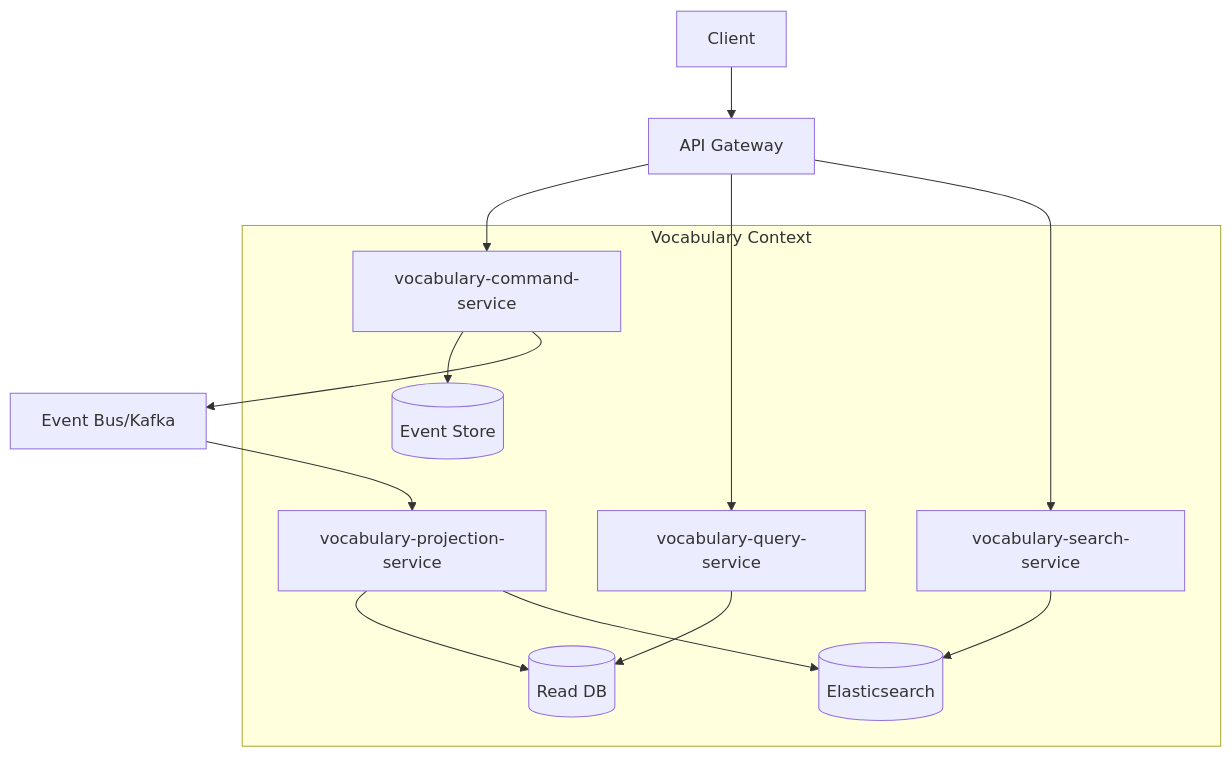
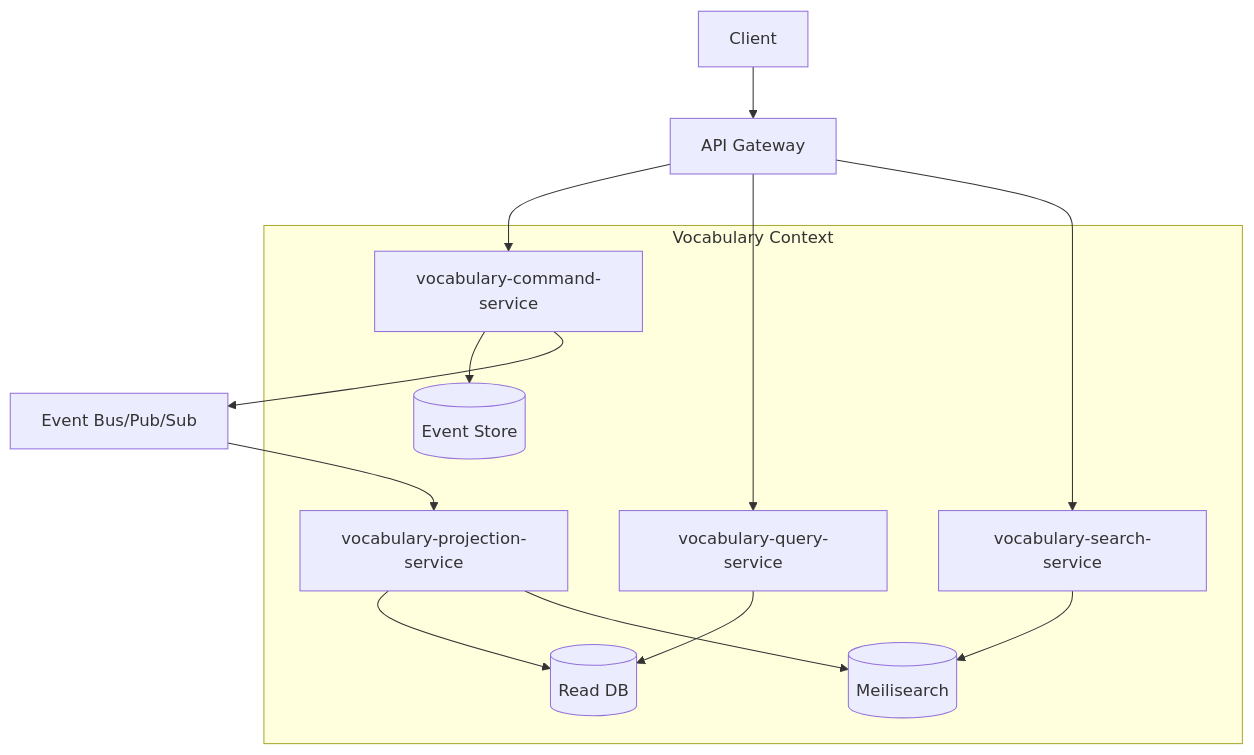
The diagram in docs/ddd/design/service-decomposition/vocabulary-context/overview.md (watarui/effect), drawn with Mermaid before and after one commit. The commit also changed other lines of this file and 2 other files, not shown here.

First line of the commit message:
docs: replace kafka with pub/sub and elasticsearch with meilisearch

````diff
--- a/docs/ddd/design/service-decomposition/vocabulary-context/overview.md
+++ b/docs/ddd/design/service-decomposition/vocabulary-context/overview.md
@@ -19,33 +19,33 @@
 ```mermaid
 graph TB
     Client[Client]
     Gateway[API Gateway]
     
     subgraph "Vocabulary Context"
         Command[vocabulary-command-service]
         Query[vocabulary-query-service]
         Search[vocabulary-search-service]
         Projection[vocabulary-projection-service]
         
         EventStore[(Event Store)]
         ReadDB[(Read DB)]
-        SearchIndex[(Elasticsearch)]
+        SearchIndex[(Meilisearch)]
     end
     
-    EventBus[Event Bus/Kafka]
+    EventBus[Event Bus/Pub/Sub]
     
     Client --> Gateway
     Gateway --> Command
     Gateway --> Query
     Gateway --> Search
     
     Command --> EventStore
     Command --> EventBus
     
     EventBus --> Projection
     Projection --> ReadDB
     Projection --> SearchIndex
     
     Query --> ReadDB
     Search --> SearchIndex
 ```
````
